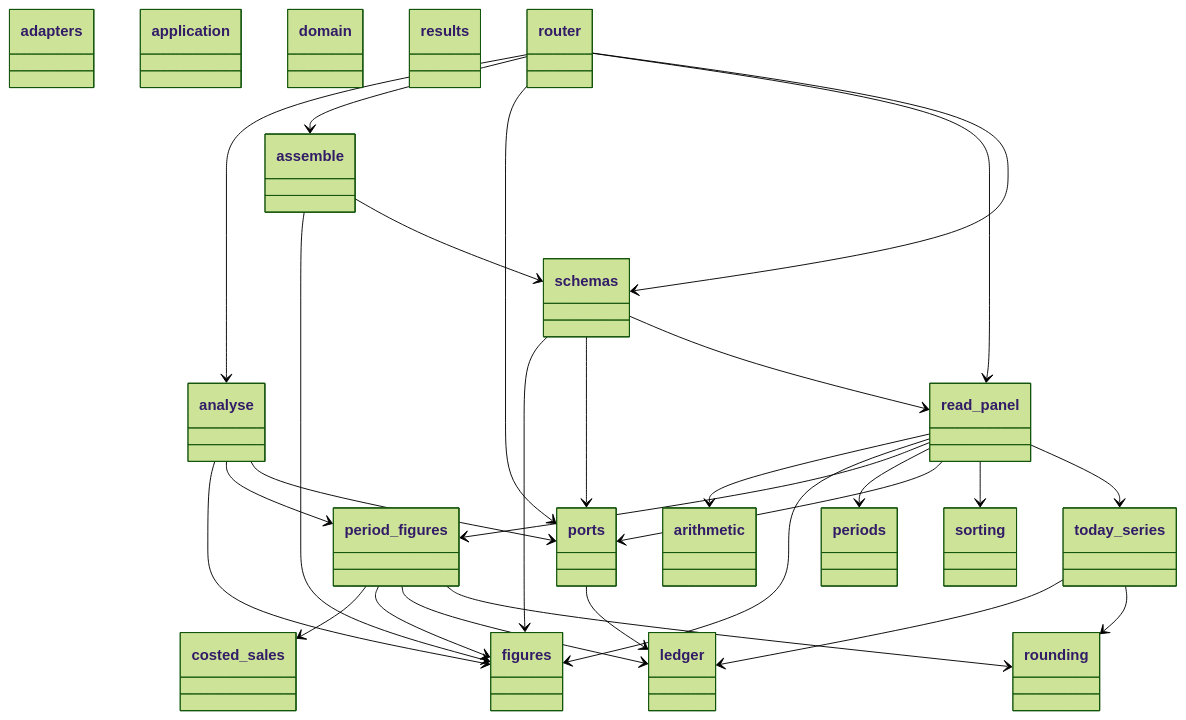
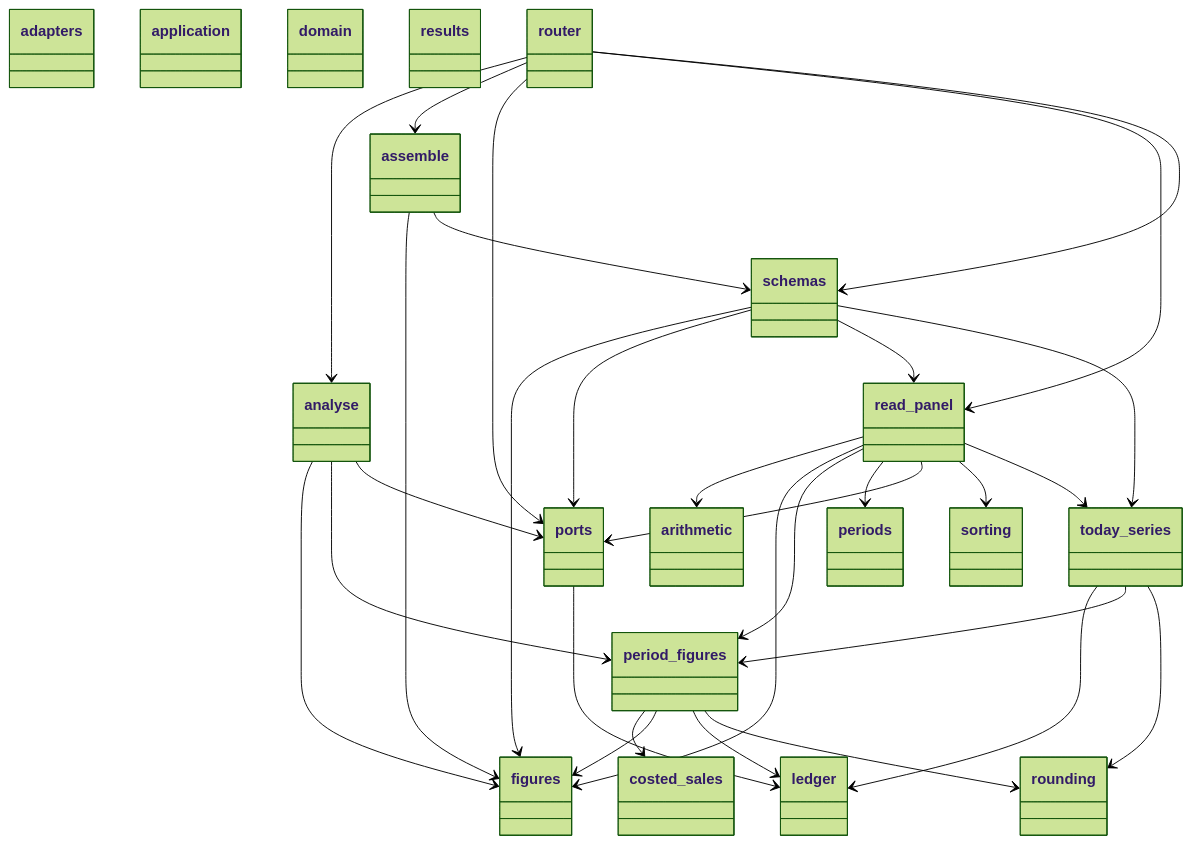
Before and after one commit to GonzaloZevallos/apostrophe: the first of 4 diagrams in docs/architecture/generated/classes/results.md, drawn with Mermaid (forest theme). The commit also changed other lines of this file and 3 other files, not shown here.

````diff
--- a/docs/architecture/generated/classes/results.md
+++ b/docs/architecture/generated/classes/results.md
@@ -7,68 +7,70 @@
 ```mermaid
 classDiagram
   class adapters {
   }
   class analyse {
   }
   class application {
   }
   class arithmetic {
   }
   class assemble {
   }
   class costed_sales {
   }
   class domain {
   }
   class figures {
   }
   class ledger {
   }
   class period_figures {
   }
   class periods {
   }
   class ports {
   }
   class read_panel {
   }
   class results {
   }
   class rounding {
   }
   class router {
   }
   class schemas {
   }
   class sorting {
   }
   class today_series {
   }
   analyse --> figures
   analyse --> period_figures
   analyse --> ports
   assemble --> figures
   assemble --> schemas
   period_figures --> costed_sales
   period_figures --> figures
   period_figures --> ledger
   period_figures --> rounding
   ports --> ledger
   read_panel --> arithmetic
   read_panel --> figures
   read_panel --> period_figures
   read_panel --> periods
   read_panel --> ports
   read_panel --> sorting
   read_panel --> today_series
   router --> analyse
   router --> assemble
   router --> ports
   router --> read_panel
   router --> schemas
   schemas --> figures
   schemas --> ports
   schemas --> read_panel
+  schemas --> today_series
   today_series --> ledger
+  today_series --> period_figures
   today_series --> rounding
 ```
````
